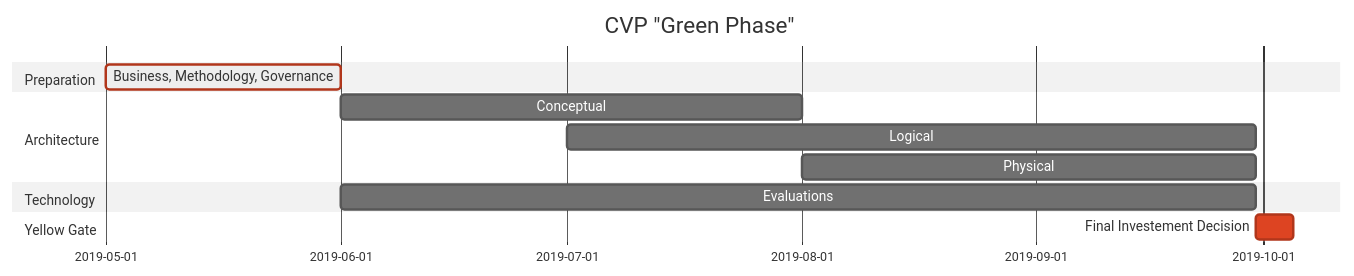
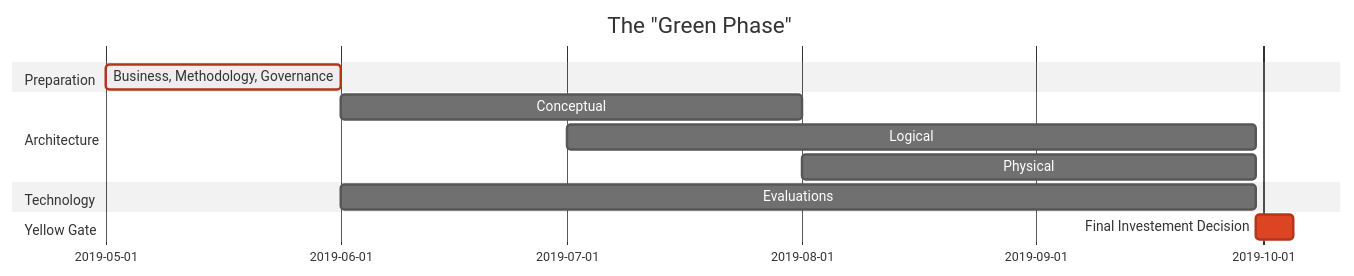
Before and after one commit to dbj-systems/kb: the third of 3 diagrams in content/basics/diagrams.md, drawn with Mermaid (neutral theme). The commit also changed other lines of this file and 128 other files, not shown here.

````diff
--- a/content/basics/diagrams.md
+++ b/content/basics/diagrams.md
@@ -39,17 +79,17 @@
 ```mermaid
 gantt
 dateFormat  YYYY-MM-DD
-title CVP "Green Phase"
+title The "Green Phase"
 
 section Preparation
 Business, Methodology, Governance	: crit, active, des1, 2019-05-01,2019-06-01
 section Architecture
 Conceptual	: des2, 2019-06-01, 2019-08-01
 Logical 	: des3, 2019-07-01, 2019-09-30
 Physical 	: des4, 2019-08-01, 2019-09-30
 section Technology
 Evaluations	: des5, 2019-06-01, 2019-09-30
 section Yellow Gate
 Final Investement Decision:crit, 5d
 
 ```
````
